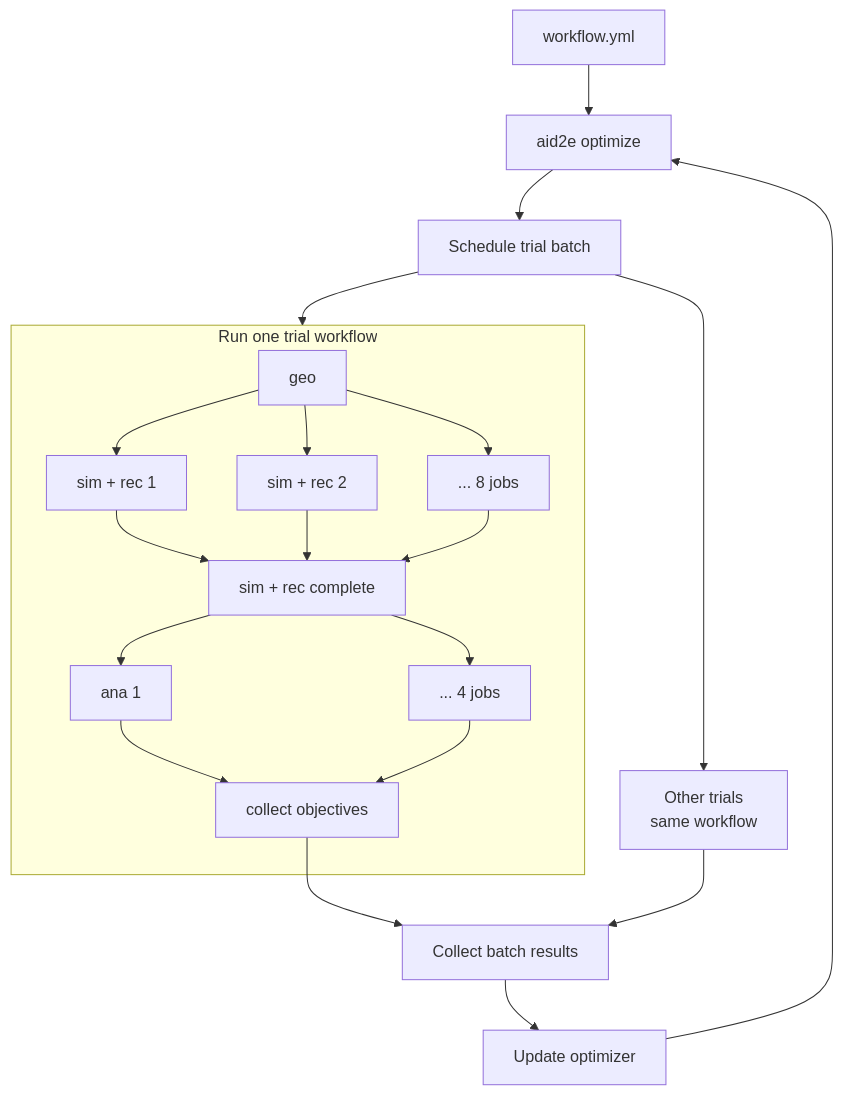
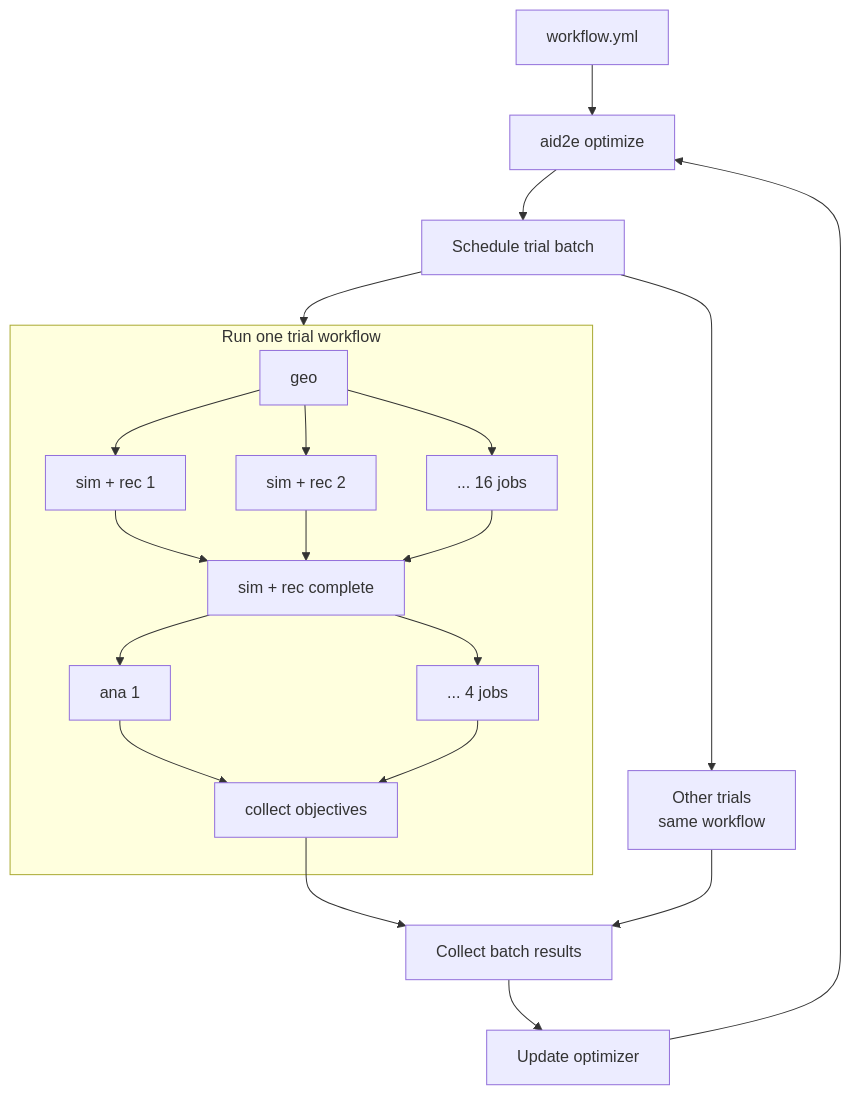
One commit to aid2e/AID2E-framework changed the diagram in examples/epic/drich/README.md. Above: the diagram before and after it, drawn with Mermaid. The commit also changed 46 other files, not shown here.

````diff
--- a/examples/epic/drich/README.md
+++ b/examples/epic/drich/README.md
@@ -33,27 +33,27 @@
 ```mermaid
 flowchart TB
   C["workflow.yml"] --> O["aid2e optimize"]
   O --> B["Schedule trial batch"]
 
   subgraph T["Run one trial workflow"]
     G["geo"]
     G --> S1["sim + rec 1"]
     G --> S2["sim + rec 2"]
-    G --> SN["... 8 jobs"]
+    G --> SN["... 16 jobs"]
 
     S1 --> SF["sim + rec complete"]
     S2 --> SF
     SN --> SF
 
     SF --> A1["ana 1"]
     SF --> AN["... 4 jobs"]
     A1 --> M["collect objectives"]
     AN --> M
   end
 
   B --> T
   B --> N["Other trials<br/>same workflow"]
   M --> R["Collect batch results"]
   N --> R
   R --> U["Update optimizer"] --> O
 ```
````
